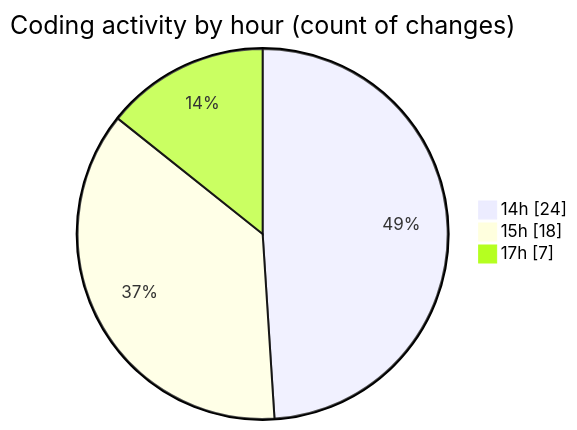
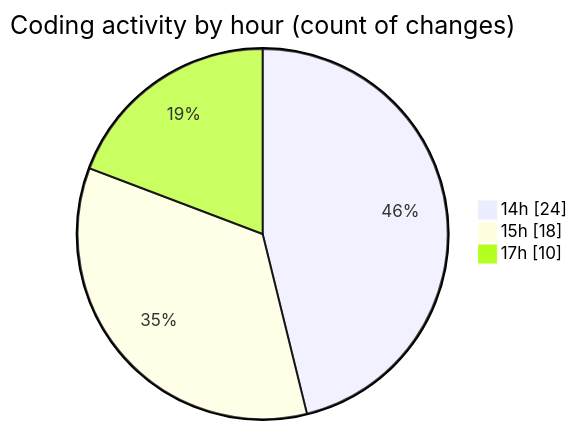
The second of 2 diagrams in 2025-04-22/indesign/README.md (Elitesun/code-tracking), drawn with Mermaid before and after one commit. The commit also changed other lines of this file and 1 other file, not shown here.

````diff
--- a/2025-04-22/indesign/README.md
+++ b/2025-04-22/indesign/README.md
@@ -42,7 +43,7 @@
 ```mermaid
 pie showData
 title Coding activity by hour (count of changes)
 "14h" : 24
 "15h" : 18
-"17h" : 7
+"17h" : 10
 ```
````
